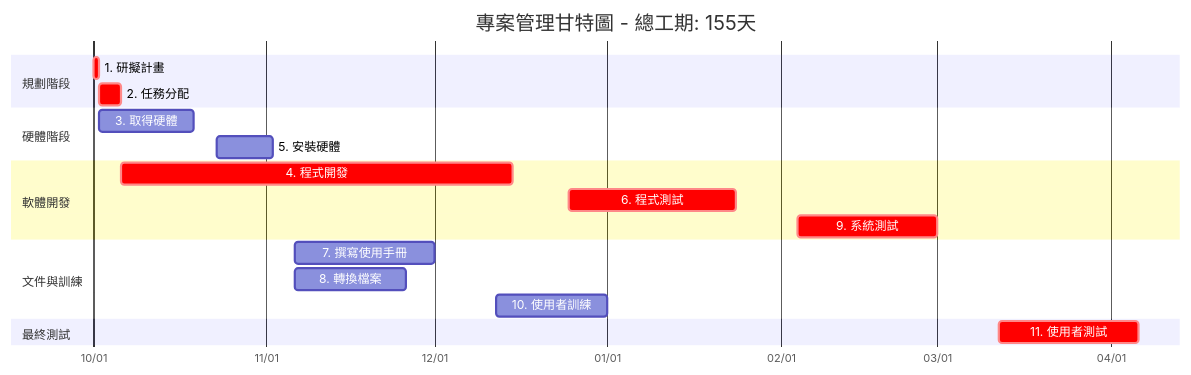
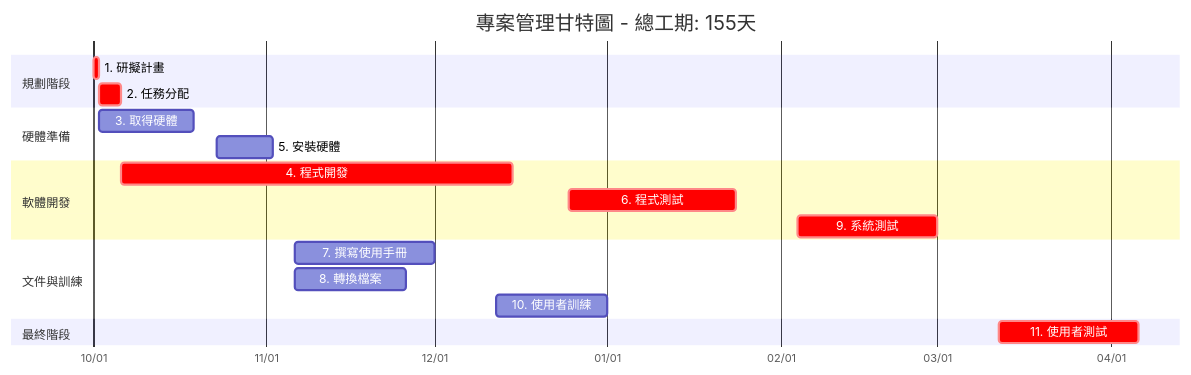
The diagram in HW2.md (auia541/p1), drawn with Mermaid before and after one commit.

````diff
--- a/HW2.md
+++ b/HW2.md
@@ -1,27 +1,27 @@
 ```mermaid
 gantt
     title 專案管理甘特圖 - 總工期: 155天
     dateFormat YYYY-MM-DD
     axisFormat %m/%d
     
     section 規劃階段
     1. 研擬計畫     :crit, 2024-10-01, 1d
     2. 任務分配     :crit, 2024-10-02, 4d
     
-    section 硬體階段
+    section 硬體準備
     3. 取得硬體     :2024-10-02, 17d
     5. 安裝硬體     :2024-10-23, 10d
     
     section 軟體開發
     4. 程式開發     :crit, 2024-10-06, 70d
     6. 程式測試     :crit, 2024-12-25, 30d
     9. 系統測試     :crit, 2025-02-04, 25d
     
     section 文件與訓練
     7. 撰寫使用手冊  :2024-11-06, 25d
     8. 轉換檔案     :2024-11-06, 20d
     10. 使用者訓練  :2024-12-12, 20d
     
-    section 最終測試
+    section 最終階段
     11. 使用者測試  :crit, 2025-03-12, 25d
 ```
````
